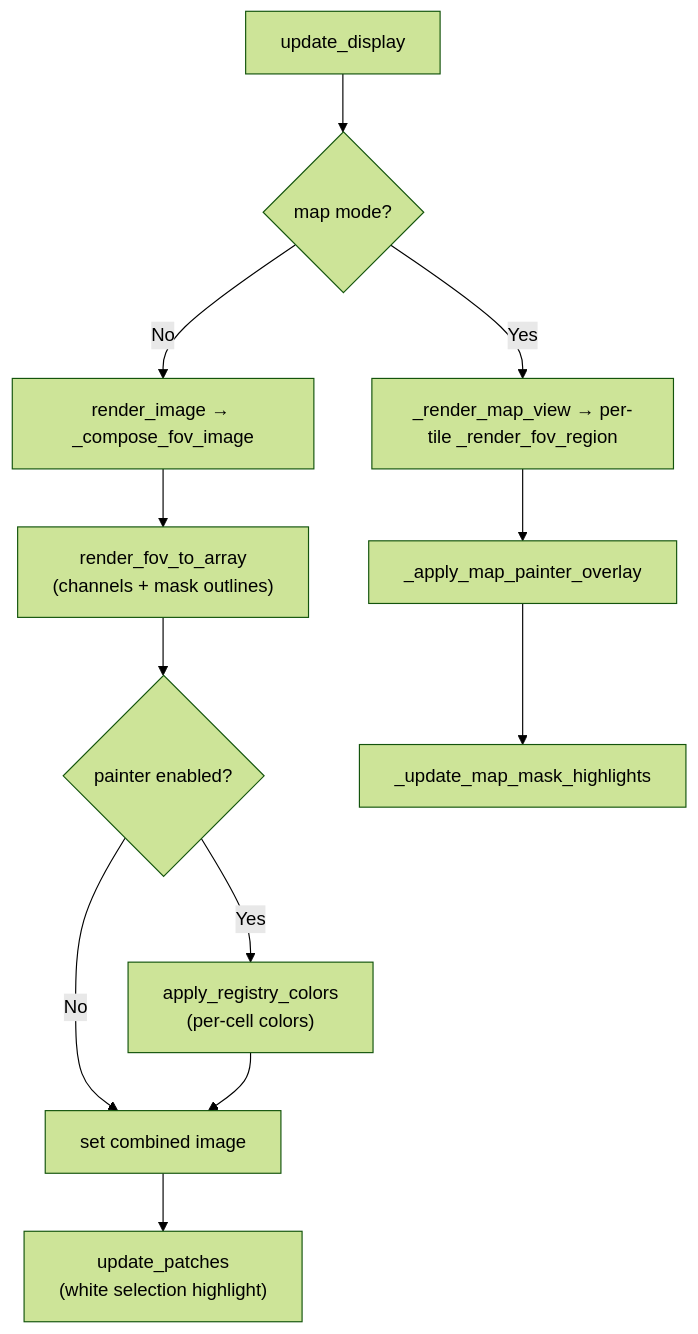
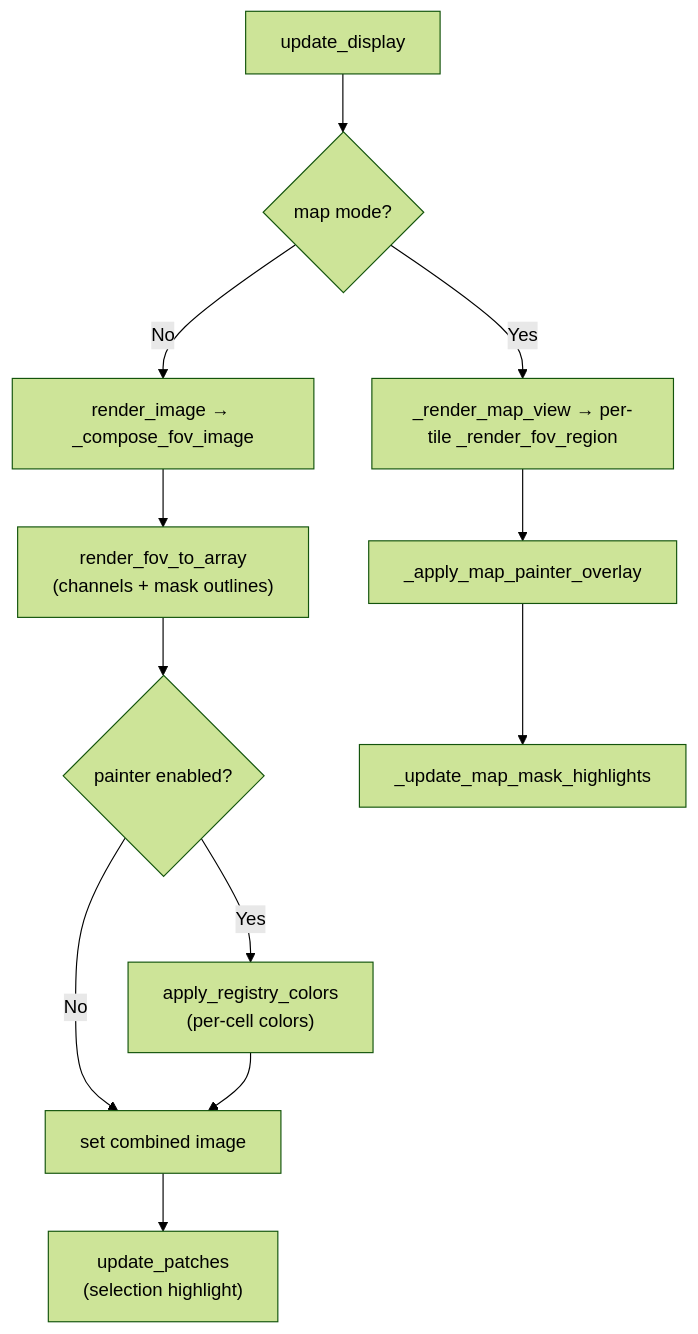
One commit to HartmannLab/UELer changed the fourth of 4 diagrams in dev_note/topic_mask_rendering_highlighting_coloring.md. Above: the diagram before and after it, drawn with Mermaid (forest theme). The commit also changed other lines of this file and 25 other files, not shown here.

````diff
--- a/dev_note/topic_mask_rendering_highlighting_coloring.md
+++ b/dev_note/topic_mask_rendering_highlighting_coloring.md
@@ -235,14 +237,14 @@
 ```mermaid
 flowchart TD
     A[update_display] --> B{map mode?}
     B -- No --> C[render_image → _compose_fov_image]
     C --> D["render_fov_to_array\n(channels + mask outlines)"]
     D --> E{painter enabled?}
     E -- Yes --> F["apply_registry_colors\n(per-cell colors)"]
     E -- No --> G[set combined image]
     F --> G
-    G --> H["update_patches\n(white selection highlight)"]
+    G --> H["update_patches\n(selection highlight)"]
     B -- Yes --> I[_render_map_view → per-tile _render_fov_region]
     I --> J[_apply_map_painter_overlay]
     J --> K[_update_map_mask_highlights]
 ```
````
